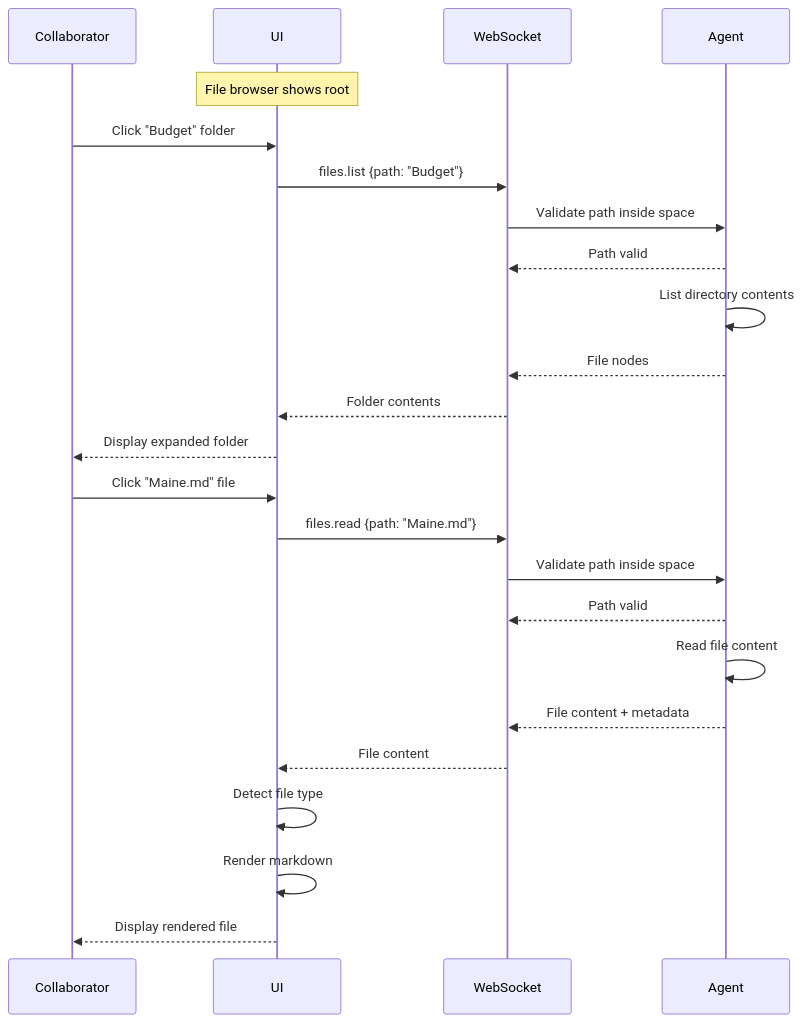
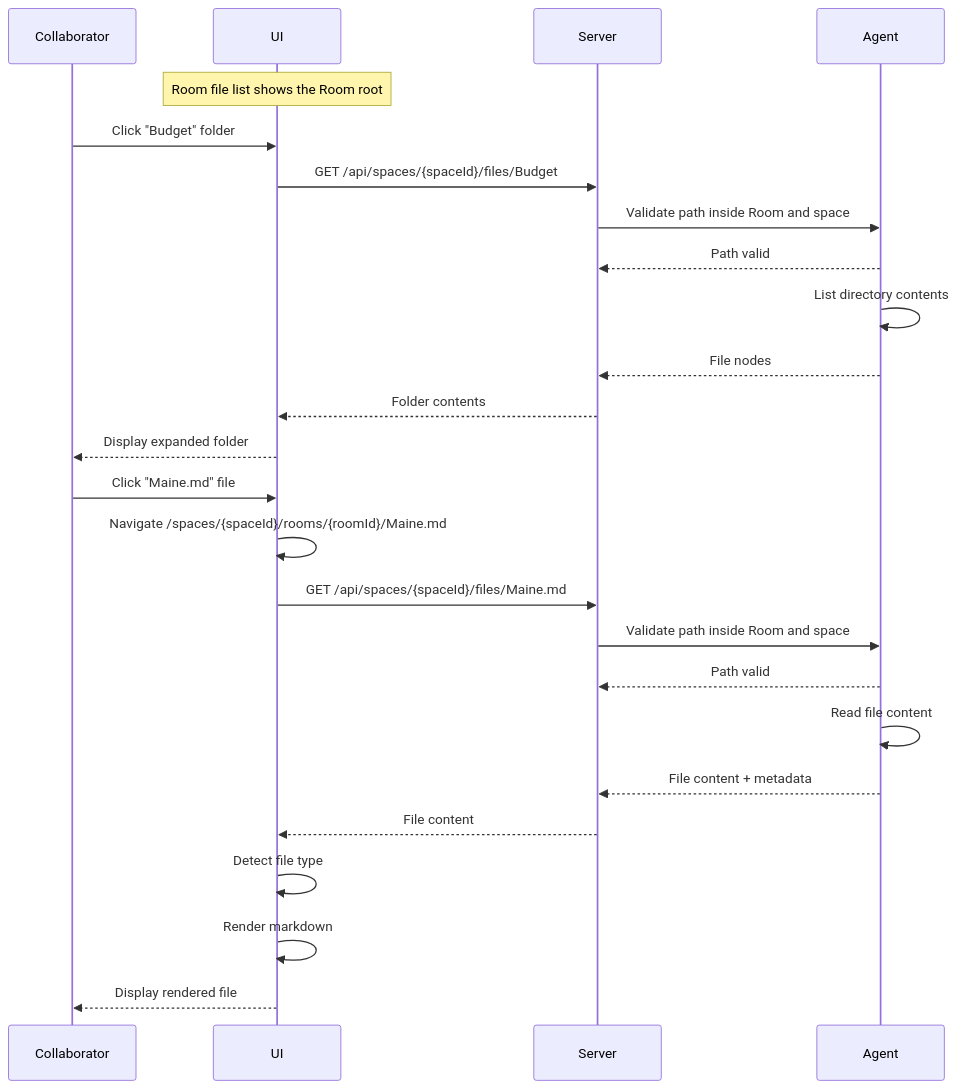
The first of 7 diagrams in docs/flows/04-browse-files.md (jchadwick/ai-spaces), drawn with Mermaid before and after one commit. The commit also changed other lines of this file and 33 other files, not shown here.

Commit message:
Migrate web UI to Rooms prototype shell

````diff
--- a/docs/flows/04-browse-files.md
+++ b/docs/flows/04-browse-files.md
@@ -10,28 +12,29 @@
 ```mermaid
 sequenceDiagram
     participant Collaborator
     participant UI
-    participant WebSocket
+    participant Server
     participant Agent
     
-    Note over UI: File browser shows root
+    Note over UI: Room file list shows the Room root
     Collaborator->>UI: Click "Budget" folder
-    UI->>WebSocket: files.list {path: "Budget"}
-    WebSocket->>Agent: Validate path inside space
-    Agent-->>WebSocket: Path valid
+    UI->>Server: GET /api/spaces/{spaceId}/files/Budget
+    Server->>Agent: Validate path inside Room and space
+    Agent-->>Server: Path valid
     Agent->>Agent: List directory contents
-    Agent-->>WebSocket: File nodes
-    WebSocket-->>UI: Folder contents
+    Agent-->>Server: File nodes
+    Server-->>UI: Folder contents
     UI-->>Collaborator: Display expanded folder
     
     Collaborator->>UI: Click "Maine.md" file
-    UI->>WebSocket: files.read {path: "Maine.md"}
-    WebSocket->>Agent: Validate path inside space
-    Agent-->>WebSocket: Path valid
+    UI->>UI: Navigate /spaces/{spaceId}/rooms/{roomId}/Maine.md
+    UI->>Server: GET /api/spaces/{spaceId}/files/Maine.md
+    Server->>Agent: Validate path inside Room and space
+    Agent-->>Server: Path valid
     Agent->>Agent: Read file content
-    Agent-->>WebSocket: File content + metadata
-    WebSocket-->>UI: File content
+    Agent-->>Server: File content + metadata
+    Server-->>UI: File content
     UI->>UI: Detect file type
     UI->>UI: Render markdown
     UI-->>Collaborator: Display rendered file
 ```
````
